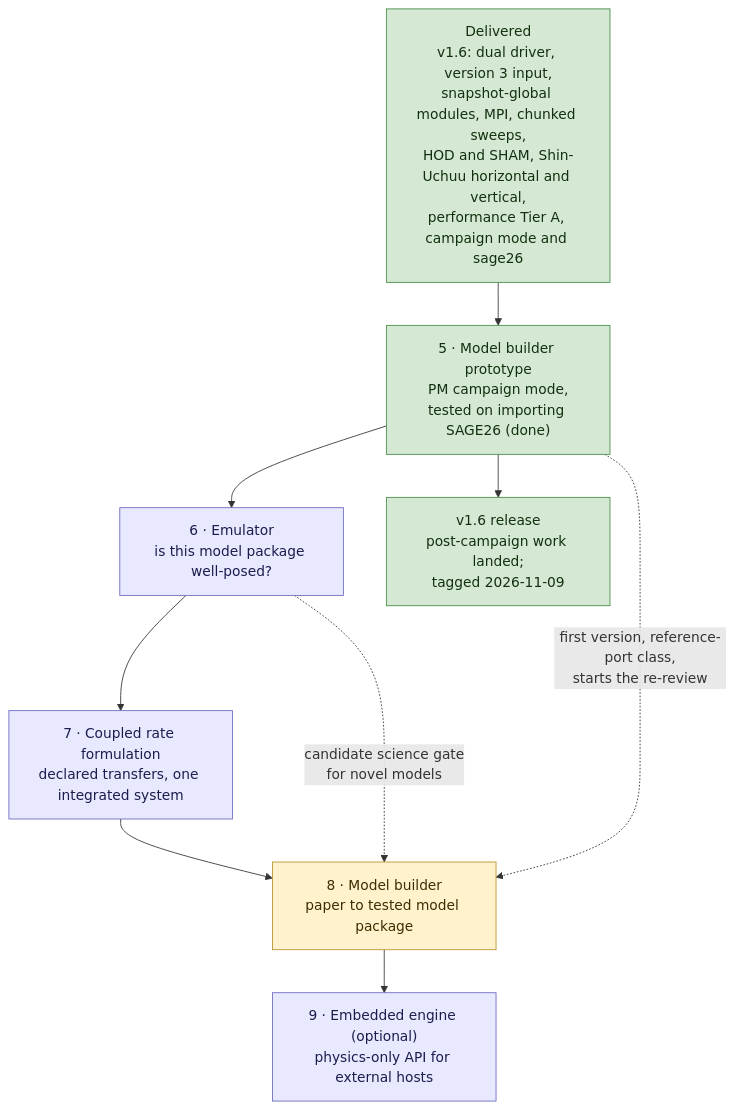
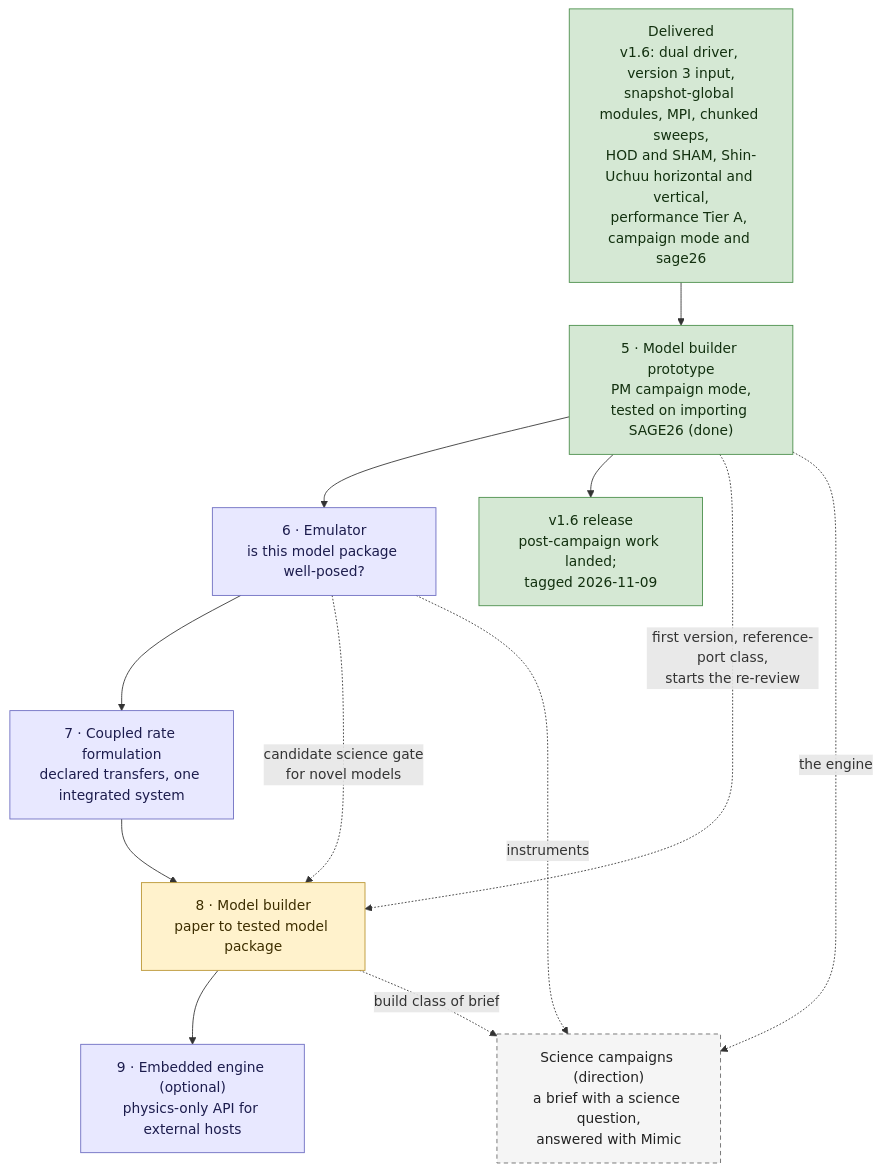
One commit to darrencroton/mimic changed the diagram in docs/dev/MIMIC-DEVELOPMENT-PATHWAY.md. Above: the diagram before and after it, drawn with Mermaid. The commit also changed other lines of this file and 4 other files, not shown here.

````diff
--- a/docs/dev/MIMIC-DEVELOPMENT-PATHWAY.md
+++ b/docs/dev/MIMIC-DEVELOPMENT-PATHWAY.md
@@ -22,22 +48,28 @@
 ```mermaid
 flowchart TD
     DONE["Delivered<br/>v1.6: dual driver, version 3 input,<br/>snapshot-global modules, MPI, chunked sweeps,<br/>HOD and SHAM, Shin-Uchuu horizontal and vertical,<br/>performance Tier A, campaign mode and sage26"]
     PCW["v1.6 release<br/>post-campaign work landed;<br/>tagged 2026-11-09"]
     S5["5 · Model builder prototype<br/>PM campaign mode,<br/>tested on importing SAGE26 (done)"]
     S6["6 · Emulator<br/>is this model package well-posed?"]
     S7["7 · Coupled rate formulation<br/>declared transfers, one integrated system"]
     S8["8 · Model builder<br/>paper to tested model package"]
     S9["9 · Embedded engine (optional)<br/>physics-only API for external hosts"]
+    GOAL["Science campaigns (direction)<br/>a brief with a science question,<br/>answered with Mimic"]
 
     DONE --> S5 --> S6 --> S7 --> S8 --> S9
     S5 --> PCW
     S5 -.->|first version, reference-port class,<br/>starts the re-review| S8
     S6 -.->|candidate science gate<br/>for novel models| S8
+    S5 -.->|the engine| GOAL
+    S6 -.->|instruments| GOAL
+    S8 -.->|build class of brief| GOAL
 
     classDef done fill:#d5e8d4,stroke:#478c47,color:#12300f
     classDef next fill:#fff2cc,stroke:#b8932e,color:#3d2e00
     classDef step fill:#e8e8ff,stroke:#6a6ac0,color:#1c1c4d
+    classDef goal fill:#f5f5f5,stroke:#666666,stroke-dasharray:5 4,color:#222222
     class DONE,S5,PCW done
     class S8 next
     class S6,S7,S9 step
+    class GOAL goal
 ```
````
